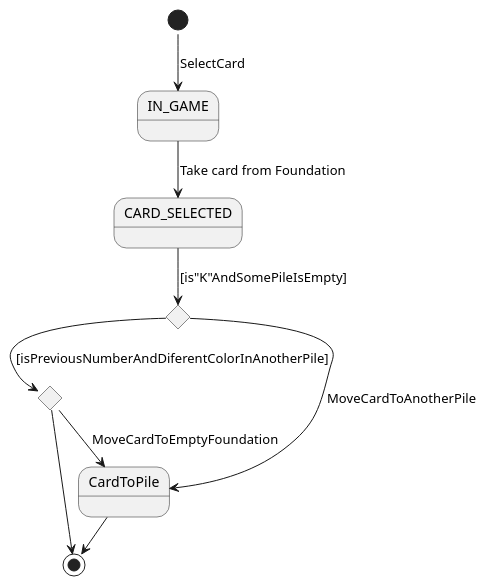
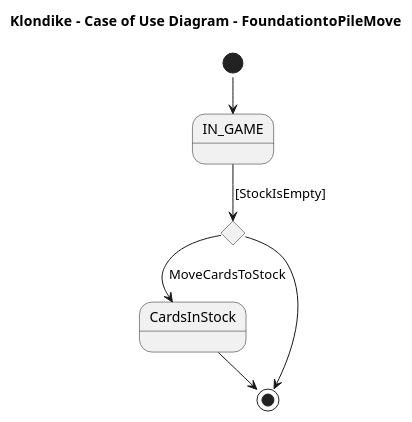
The diagram in 2 Modelo de vistas de caso de uso/Diagrama de caso de uso - FoundationToPileMove.plantuml (AngelOS95P/Maestria_IngSoftware_grupo6), drawn with PlantUML before and after one commit. The commit also changed 9 other files, not shown here.

```diff
--- a/2 Modelo de vistas de caso de uso/Diagrama de caso de uso - FoundationToPileMove.plantuml
+++ b/2 Modelo de vistas de caso de uso/Diagrama de caso de uso - FoundationToPileMove.plantuml
@@ -1,20 +1,19 @@
 @startuml UseCaseFoundationtoPileMove
 !pragma layout smetana
+title Klondike  - Case of Use Diagram - FoundationtoPileMove
 state IN_GAME
-state CARD_SELECTED
+
 state if <<choice>>
-state if2 <<choice>>
 
-state CardToPile
 
-[*] --> IN_GAME: SelectCard 
-IN_GAME --> CARD_SELECTED: Take card from Foundation
-CARD_SELECTED --> if: [is"K"AndSomePileIsEmpty]
-if --> if2:[isPreviousNumberAndDiferentColorInAnotherPile]
-if --> CardToPile: MoveCardToAnotherPile
-if2 --> CardToPile: MoveCardToEmptyFoundation
-if2 --> [*]
+state CardsInStock
 
-CardToPile--> [*]
+[*] --> IN_GAME
+IN_GAME --> if: [StockIsEmpty]
+if --> CardsInStock: MoveCardsToStock
+
+if --> [*]
+
+CardsInStock--> [*]
 
 @enduml
```
